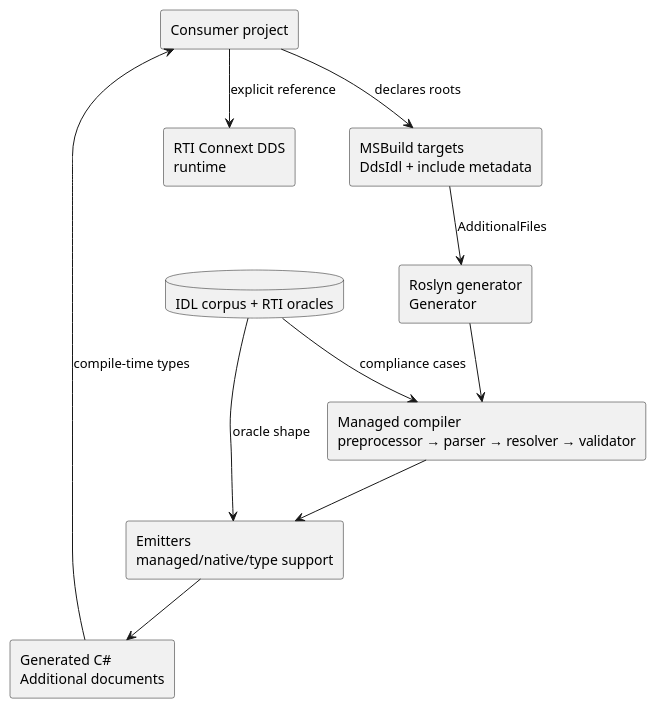
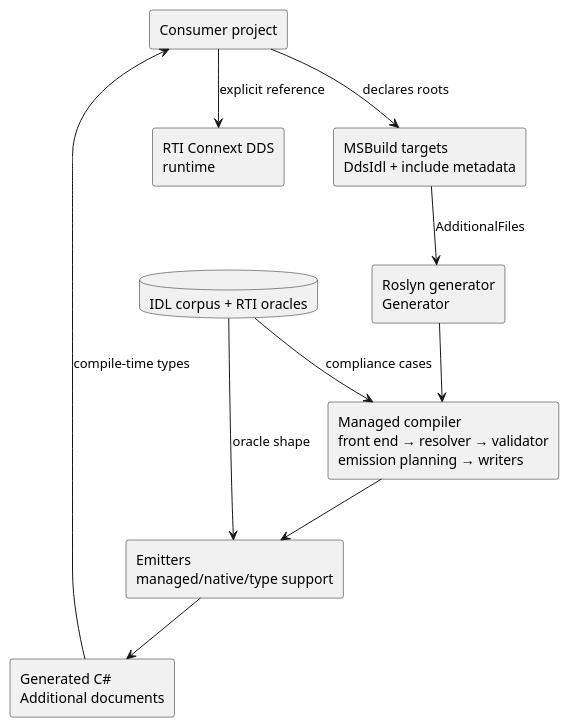
The diagram in docs/architecture/arc42/images/05/level-1-overview.puml (eNeRGy164/wireloom), drawn with PlantUML before and after one commit. The commit also changed 10 other files, not shown here.

```diff
--- a/docs/architecture/arc42/images/05/level-1-overview.puml
+++ b/docs/architecture/arc42/images/05/level-1-overview.puml
@@ -1,22 +1,22 @@
 @startuml
 skinparam componentStyle rectangle
 
 rectangle "Consumer project" as consumer
 rectangle "MSBuild targets\nDdsIdl + include metadata" as msbuild
 rectangle "Roslyn generator\nGenerator" as generator
-rectangle "Managed compiler\npreprocessor → parser → resolver → validator" as compiler
+rectangle "Managed compiler\nfront end → resolver → validator\nemission planning → writers" as compiler
 rectangle "Emitters\nmanaged/native/type support" as emitters
 rectangle "Generated C#\nAdditional documents" as output
 rectangle "RTI Connext DDS\nruntime" as runtime
 database "IDL corpus + RTI oracles" as corpus
 
 consumer --> msbuild : declares roots
 msbuild --> generator : AdditionalFiles
 generator --> compiler
 compiler --> emitters
 emitters --> output
 output --> consumer : compile-time types
 consumer --> runtime : explicit reference
 corpus --> compiler : compliance cases
 corpus --> emitters : oracle shape
 @enduml
```
